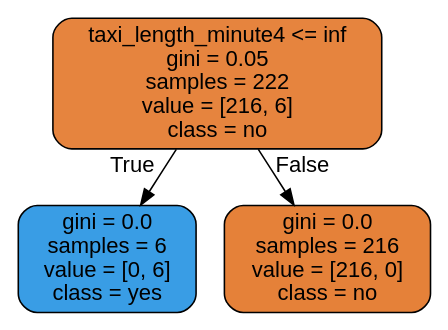
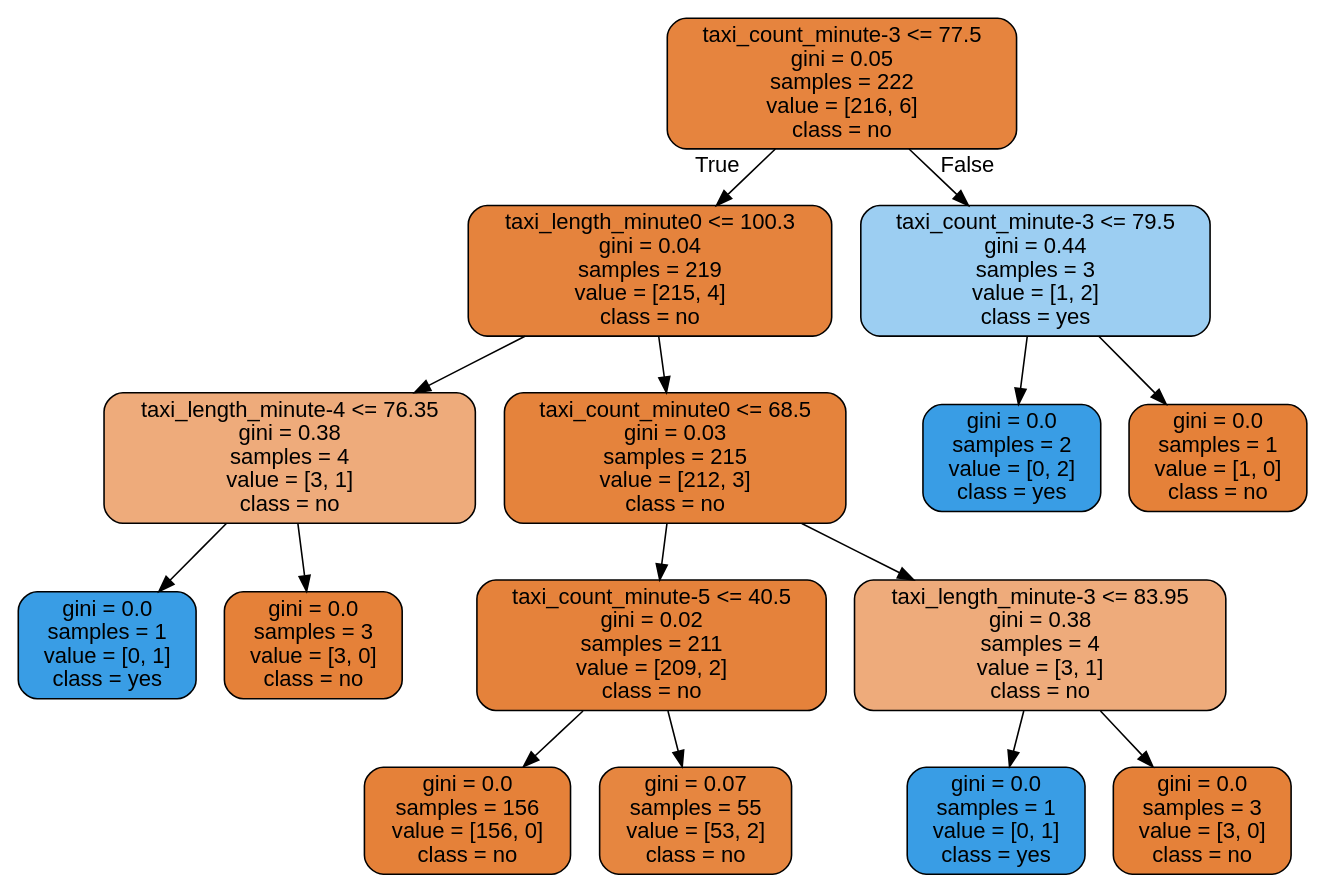
The diagram in t4_should_go.dot (DungDinhDungDinh/capstone_project), drawn with Graphviz before and after one commit. The commit also changed 16 other files, not shown here.

```diff
--- a/t4_should_go.dot
+++ b/t4_should_go.dot
@@ -1,9 +1,33 @@
 digraph Tree {
 node [shape=box, style="filled, rounded", color="black", fontname="helvetica"] ;
 edge [fontname="helvetica"] ;
-0 [label="taxi_length_minute4 <= inf\ngini = 0.05\nsamples = 222\nvalue = [216, 6]\nclass = no", fillcolor="#e6843e"] ;
-1 [label="gini = 0.0\nsamples = 6\nvalue = [0, 6]\nclass = yes", fillcolor="#399de5"] ;
+0 [label="taxi_count_minute-3 <= 77.5\ngini = 0.05\nsamples = 222\nvalue = [216, 6]\nclass = no", fillcolor="#e6843e"] ;
+1 [label="taxi_length_minute0 <= 100.3\ngini = 0.04\nsamples = 219\nvalue = [215, 4]\nclass = no", fillcolor="#e5833d"] ;
 0 -> 1 [labeldistance=2.5, labelangle=45, headlabel="True"] ;
-2 [label="gini = 0.0\nsamples = 216\nvalue = [216, 0]\nclass = no", fillcolor="#e58139"] ;
-0 -> 2 [labeldistance=2.5, labelangle=-45, headlabel="False"] ;
+2 [label="taxi_length_minute-4 <= 76.35\ngini = 0.38\nsamples = 4\nvalue = [3, 1]\nclass = no", fillcolor="#eeab7b"] ;
+1 -> 2 ;
+3 [label="gini = 0.0\nsamples = 1\nvalue = [0, 1]\nclass = yes", fillcolor="#399de5"] ;
+2 -> 3 ;
+4 [label="gini = 0.0\nsamples = 3\nvalue = [3, 0]\nclass = no", fillcolor="#e58139"] ;
+2 -> 4 ;
+5 [label="taxi_count_minute0 <= 68.5\ngini = 0.03\nsamples = 215\nvalue = [212, 3]\nclass = no", fillcolor="#e5833c"] ;
+1 -> 5 ;
+6 [label="taxi_count_minute-5 <= 40.5\ngini = 0.02\nsamples = 211\nvalue = [209, 2]\nclass = no", fillcolor="#e5823b"] ;
+5 -> 6 ;
+7 [label="gini = 0.0\nsamples = 156\nvalue = [156, 0]\nclass = no", fillcolor="#e58139"] ;
+6 -> 7 ;
+8 [label="gini = 0.07\nsamples = 55\nvalue = [53, 2]\nclass = no", fillcolor="#e68640"] ;
+6 -> 8 ;
+9 [label="taxi_length_minute-3 <= 83.95\ngini = 0.38\nsamples = 4\nvalue = [3, 1]\nclass = no", fillcolor="#eeab7b"] ;
+5 -> 9 ;
+10 [label="gini = 0.0\nsamples = 1\nvalue = [0, 1]\nclass = yes", fillcolor="#399de5"] ;
+9 -> 10 ;
+11 [label="gini = 0.0\nsamples = 3\nvalue = [3, 0]\nclass = no", fillcolor="#e58139"] ;
+9 -> 11 ;
+12 [label="taxi_count_minute-3 <= 79.5\ngini = 0.44\nsamples = 3\nvalue = [1, 2]\nclass = yes", fillcolor="#9ccef2"] ;
+0 -> 12 [labeldistance=2.5, labelangle=-45, headlabel="False"] ;
+13 [label="gini = 0.0\nsamples = 2\nvalue = [0, 2]\nclass = yes", fillcolor="#399de5"] ;
+12 -> 13 ;
+14 [label="gini = 0.0\nsamples = 1\nvalue = [1, 0]\nclass = no", fillcolor="#e58139"] ;
+12 -> 14 ;
 }
```
